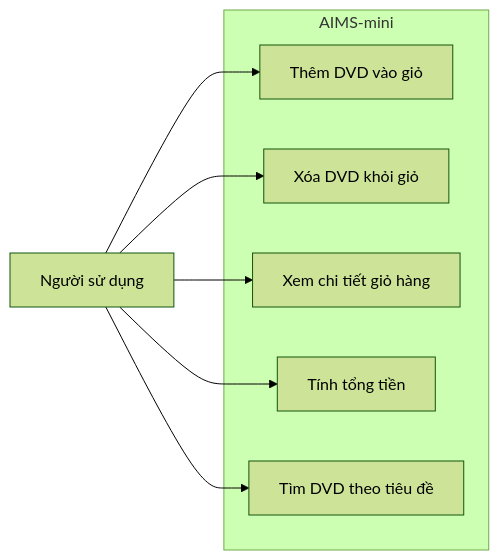
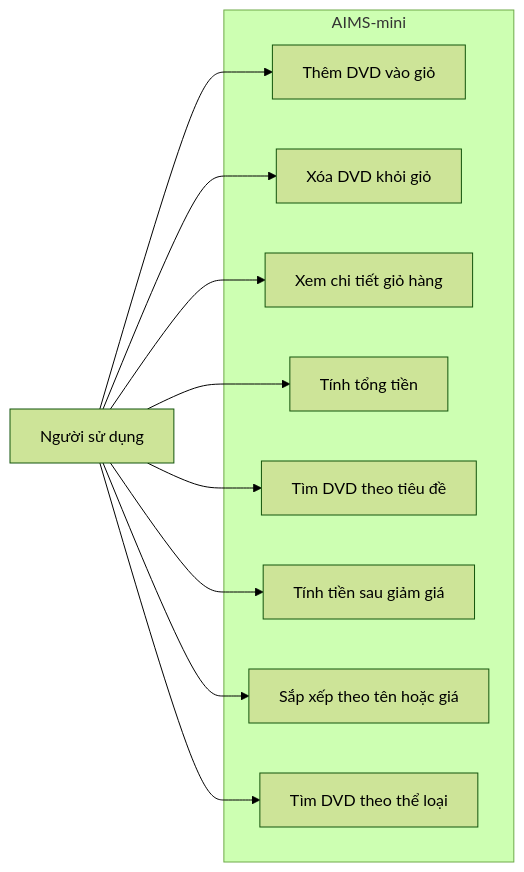
The diagram in docs/use-case-diagram.md (HaTienDat2004/it3180-202417231-aims), drawn with Mermaid (forest theme) before and after one commit. The commit also changed other lines of this file and 3 other files, not shown here.

First line of the commit message:
feat: add category-based DVD search

````diff
--- a/docs/use-case-diagram.md
+++ b/docs/use-case-diagram.md
@@ -5,16 +5,22 @@
 ```mermaid
 flowchart LR
     user["Người sử dụng"]
     subgraph AIMS["AIMS-mini"]
         add["Thêm DVD vào giỏ"]
         remove["Xóa DVD khỏi giỏ"]
         print["Xem chi tiết giỏ hàng"]
         total["Tính tổng tiền"]
         search["Tìm DVD theo tiêu đề"]
+        discount["Tính tiền sau giảm giá"]
+        sort["Sắp xếp theo tên hoặc giá"]
+        category["Tìm DVD theo thể loại"]
     end
     user --> add
     user --> remove
     user --> print
     user --> total
     user --> search
+    user --> discount
+    user --> sort
+    user --> category
 ```
````
